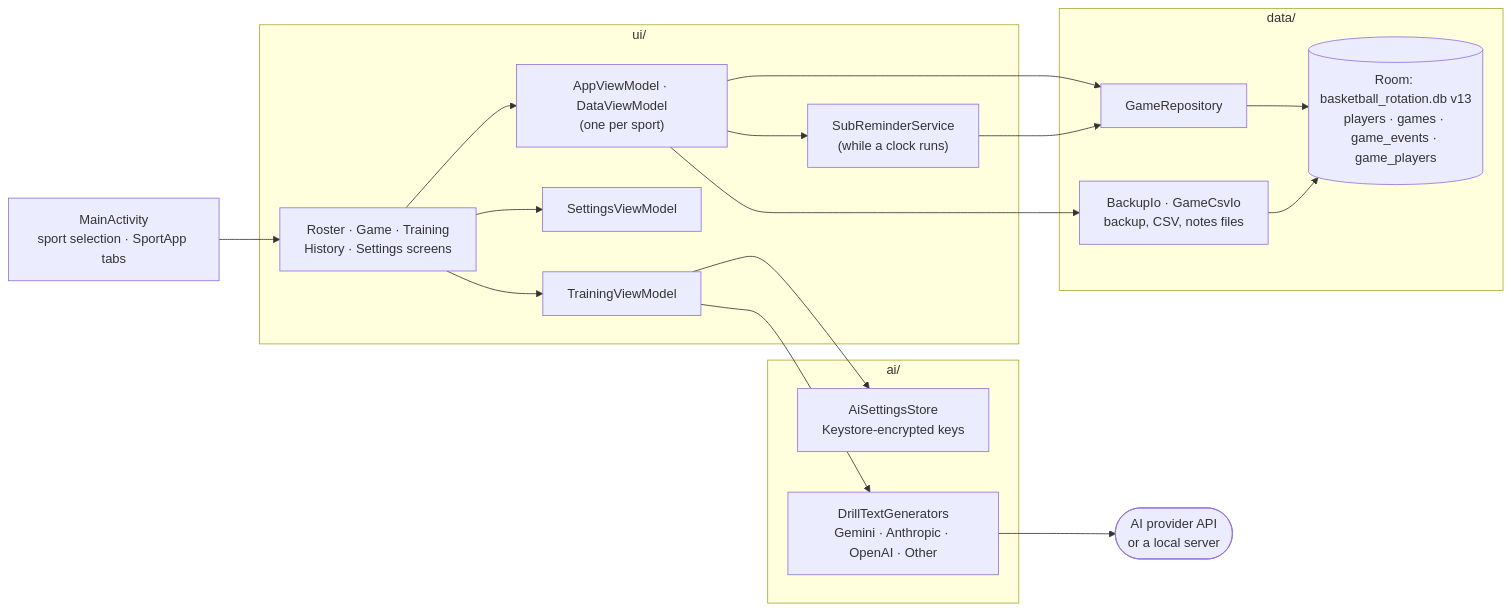
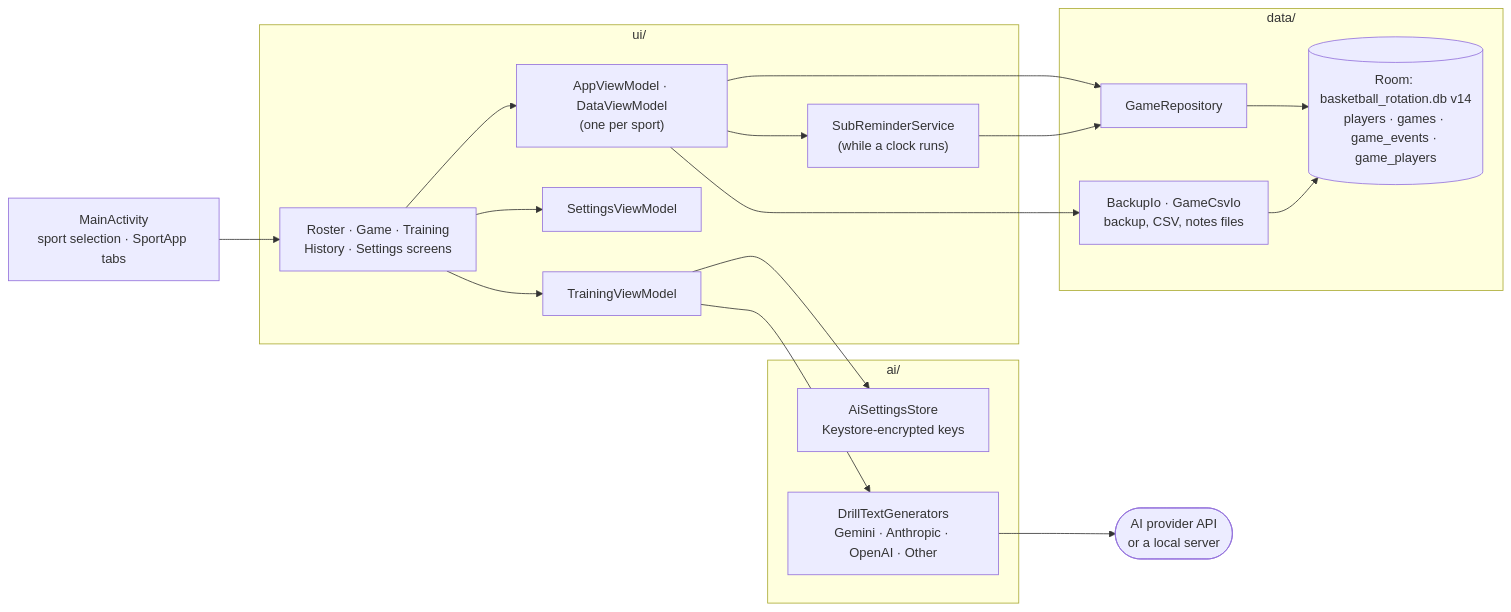
Before and after one commit to lukecarnold-jpg/Coaches-Assistant: the diagram in STRUCTURE.md, drawn with Mermaid. The commit also changed 6 other files, not shown here.

First line of the commit message:
Index players and games by sport

````diff
--- a/STRUCTURE.md
+++ b/STRUCTURE.md
@@ -235,37 +235,37 @@
 ```mermaid
 flowchart LR
     MainActivity["MainActivity<br/>sport selection · SportApp tabs"]
 
     subgraph ui["ui/"]
         Screens["Roster · Game · Training<br/>History · Settings screens"]
         AppVM["AppViewModel · DataViewModel<br/>(one per sport)"]
         SettingsVM["SettingsViewModel"]
         TrainingVM["TrainingViewModel"]
         SubService["SubReminderService<br/>(while a clock runs)"]
     end
 
     subgraph data["data/"]
         Repo["GameRepository"]
         Files["BackupIo · GameCsvIo<br/>backup, CSV, notes files"]
-        Room[("Room: basketball_rotation.db v13<br/>players · games · game_events · game_players")]
+        Room[("Room: basketball_rotation.db v14<br/>players · games · game_events · game_players")]
     end
 
     subgraph ai["ai/"]
         Settings["AiSettingsStore<br/>Keystore-encrypted keys"]
         Generators["DrillTextGenerators<br/>Gemini · Anthropic · OpenAI · Other"]
     end
 
     MainActivity --> Screens
     Screens --> AppVM
     Screens --> TrainingVM
     Screens --> SettingsVM
     AppVM --> Repo
     AppVM --> Files
     AppVM --> SubService
     SubService --> Repo
     Repo --> Room
     Files --> Room
     TrainingVM --> Settings
     TrainingVM --> Generators
     Generators --> Providers(["AI provider API<br/>or a local server"])
 ```
````
